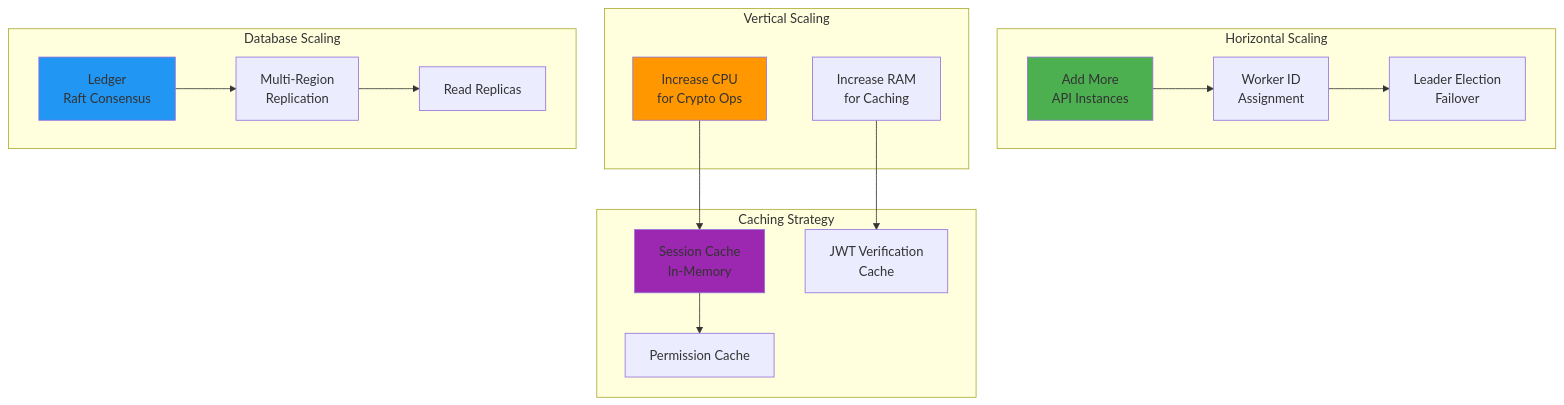
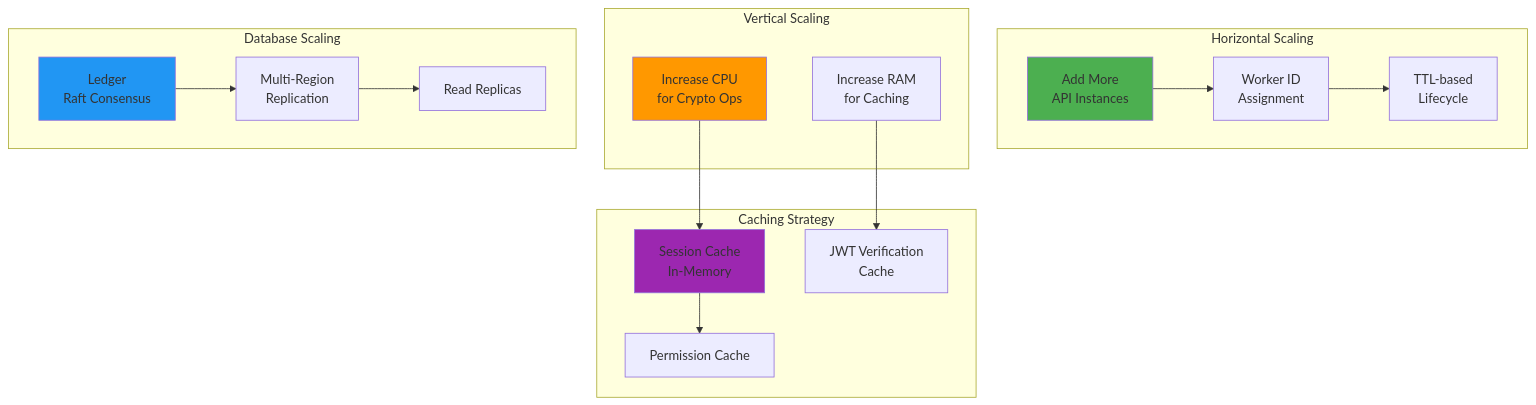
Before and after one commit to inferadb/control: the tenth of 10 diagrams in docs/architecture.md, drawn with Mermaid. The commit also changed other lines of this file and 23 other files, not shown here.

Commit message:
feat: leader election → ledger gc

````diff
--- a/docs/architecture.md
+++ b/docs/architecture.md
@@ -521,38 +490,38 @@
 ```mermaid
 graph TB
     subgraph "Horizontal Scaling"
         H1[Add More<br/>API Instances]
         H2[Worker ID<br/>Assignment]
-        H3[Leader Election<br/>Failover]
+        H3[TTL-based<br/>Lifecycle]
     end
 
     subgraph "Vertical Scaling"
         V1[Increase CPU<br/>for Crypto Ops]
         V2[Increase RAM<br/>for Caching]
     end
 
     subgraph "Database Scaling"
         D1[Ledger<br/>Raft Consensus]
         D2[Multi-Region<br/>Replication]
         D3[Read Replicas]
     end
 
     subgraph "Caching Strategy"
         C1[Session Cache<br/>In-Memory]
         C2[JWT Verification<br/>Cache]
         C3[Permission Cache]
     end
 
     H1 --> H2
     H2 --> H3
     V1 --> C1
     V2 --> C2
     D1 --> D2
     D2 --> D3
     C1 --> C3
 
     style H1 fill:#4CAF50
     style V1 fill:#FF9800
     style D1 fill:#2196F3
     style C1 fill:#9C27B0
 ```
````
